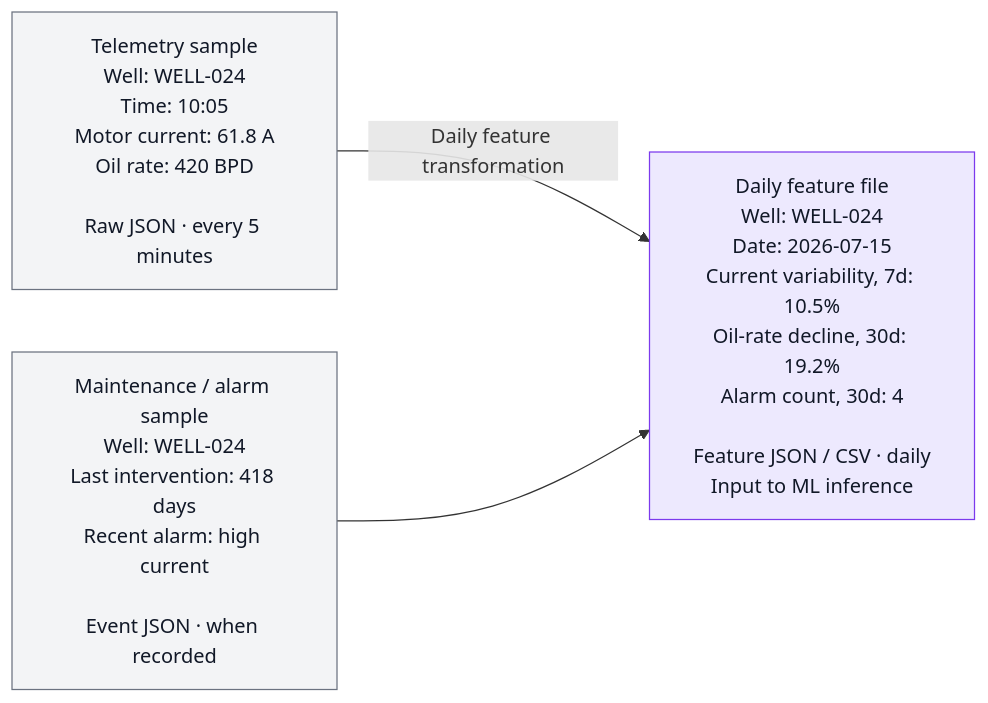
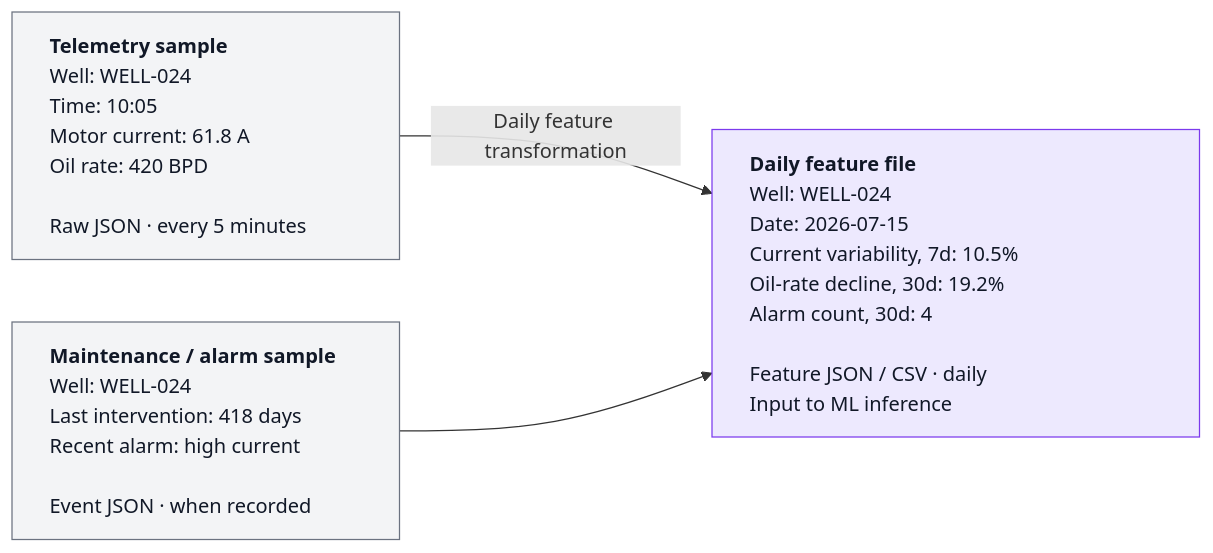
One commit to fmlin0429712024/industrial-operations-ai-poc changed the second of 2 diagrams in README.md. Above: the diagram before and after it, drawn with Mermaid.

Commit message:
Widen and left align data diagram samples

````diff
--- a/README.md
+++ b/README.md
@@ -40,10 +40,10 @@
 ```mermaid
 flowchart LR
-    A["Telemetry sample<br/>Well: WELL-024<br/>Time: 10:05<br/>Motor current: 61.8 A<br/>Oil rate: 420 BPD<br/><br/>Raw JSON · every 5 minutes"] -->|"Daily feature transformation"| C["Daily feature file<br/>Well: WELL-024<br/>Date: 2026-07-15<br/>Current variability, 7d: 10.5%<br/>Oil-rate decline, 30d: 19.2%<br/>Alarm count, 30d: 4<br/><br/>Feature JSON / CSV · daily<br/>Input to ML inference"]
-    M["Maintenance / alarm sample<br/>Well: WELL-024<br/>Last intervention: 418 days<br/>Recent alarm: high current<br/><br/>Event JSON · when recorded"] --> C
+    A["<div style='width:250px;text-align:left'><b>Telemetry sample</b><br/>Well: WELL-024<br/>Time: 10:05<br/>Motor current: 61.8 A<br/>Oil rate: 420 BPD<br/><br/>Raw JSON · every 5 minutes</div>"] -->|"Daily feature transformation"| C["<div style='width:330px;text-align:left'><b>Daily feature file</b><br/>Well: WELL-024<br/>Date: 2026-07-15<br/>Current variability, 7d: 10.5%<br/>Oil-rate decline, 30d: 19.2%<br/>Alarm count, 30d: 4<br/><br/>Feature JSON / CSV · daily<br/>Input to ML inference</div>"]
+    M["<div style='width:250px;text-align:left'><b>Maintenance / alarm sample</b><br/>Well: WELL-024<br/>Last intervention: 418 days<br/>Recent alarm: high current<br/><br/>Event JSON · when recorded</div>"] --> C
 
     classDef source fill:#f3f4f6,stroke:#6b7280,color:#111827;
     classDef feature fill:#ede9fe,stroke:#7c3aed,color:#111827;
     class A,M source;
     class C feature;
 ```
````
